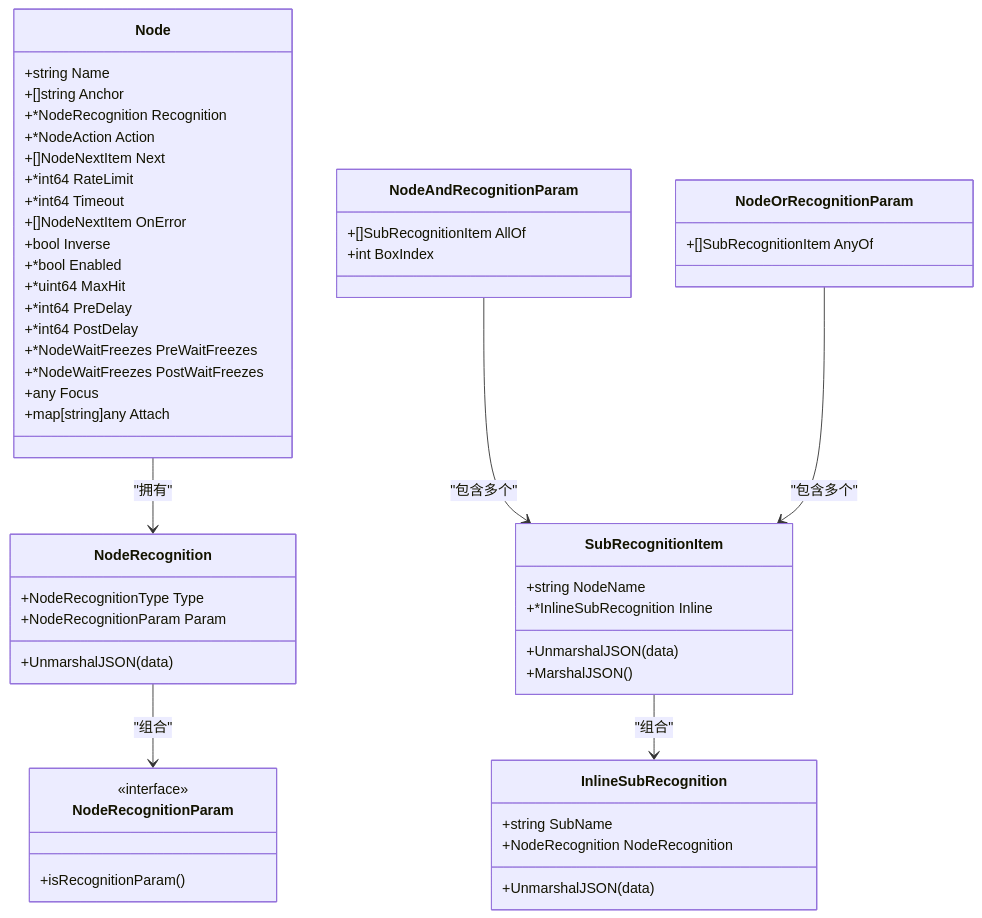
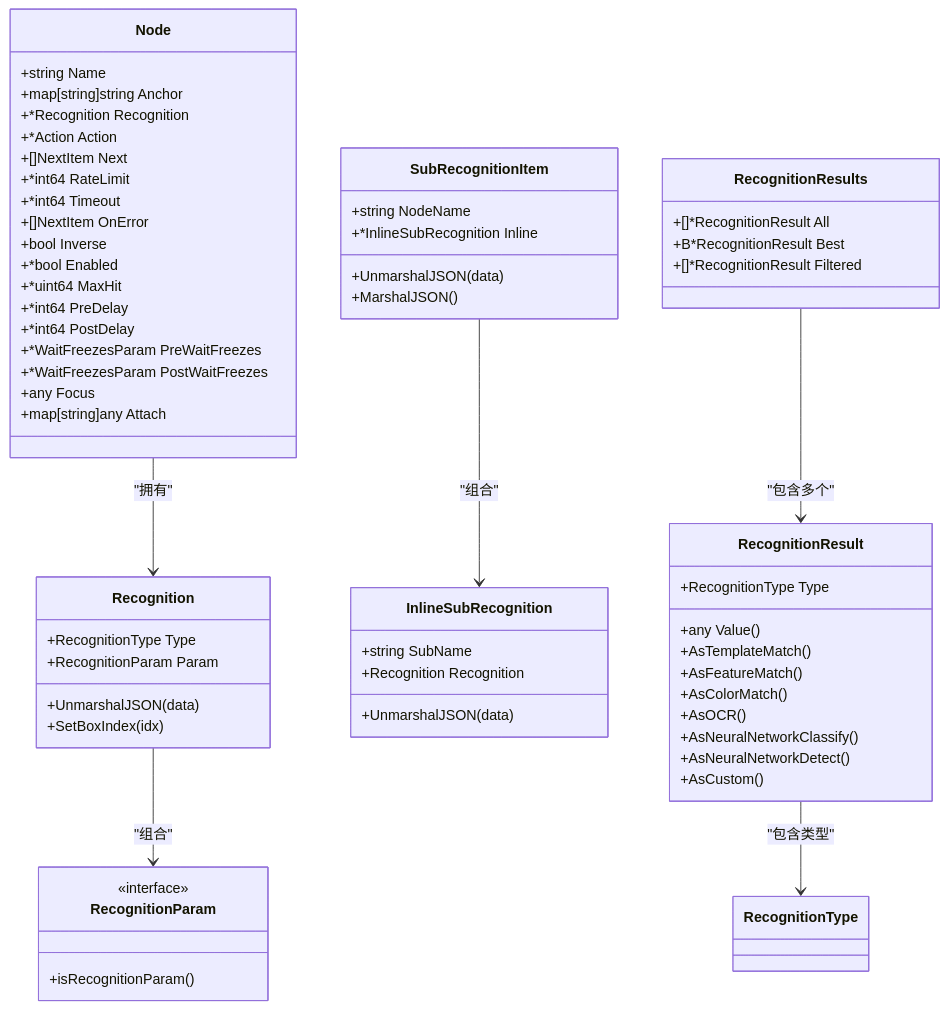
One commit to kqcoxn/MaaPipelineEditor changed the second of 4 diagrams in instructions/maafw-golang-binding/高级功能/流水线配置/节点结构详解/识别配置详解/识别配置详解.md. Above: the diagram before and after it, drawn with Mermaid. The commit also changed other lines of this file and 9 other files, not shown here.

````diff
--- a/instructions/maafw-golang-binding/高级功能/流水线配置/节点结构详解/识别配置详解/识别配置详解.md
+++ b/instructions/maafw-golang-binding/高级功能/流水线配置/节点结构详解/识别配置详解/识别配置详解.md
@@ -87,54 +95,64 @@
 ```mermaid
 classDiagram
 class Node {
 +string Name
-+[]string Anchor
-+*NodeRecognition Recognition
-+*NodeAction Action
-+[]NodeNextItem Next
++map[string]string Anchor
++*Recognition Recognition
++*Action Action
++[]NextItem Next
 +*int64 RateLimit
 +*int64 Timeout
-+[]NodeNextItem OnError
++[]NextItem OnError
 +bool Inverse
 +*bool Enabled
 +*uint64 MaxHit
 +*int64 PreDelay
 +*int64 PostDelay
-+*NodeWaitFreezes PreWaitFreezes
-+*NodeWaitFreezes PostWaitFreezes
++*WaitFreezesParam PreWaitFreezes
++*WaitFreezesParam PostWaitFreezes
 +any Focus
 +map[string]any Attach
 }
-class NodeRecognition {
-+NodeRecognitionType Type
-+NodeRecognitionParam Param
+class Recognition {
++RecognitionType Type
++RecognitionParam Param
 +UnmarshalJSON(data)
++SetBoxIndex(idx)
 }
-class NodeRecognitionParam {
+class RecognitionParam {
 <<interface>>
 +isRecognitionParam()
 }
 class SubRecognitionItem {
 +string NodeName
 +*InlineSubRecognition Inline
 +UnmarshalJSON(data)
 +MarshalJSON()
 }
 class InlineSubRecognition {
 +string SubName
-+NodeRecognition NodeRecognition
++Recognition Recognition
 +UnmarshalJSON(data)
 }
-class NodeAndRecognitionParam {
-+[]SubRecognitionItem AllOf
-+int BoxIndex
+class RecognitionResult {
++RecognitionType Type
++any Value()
++AsTemplateMatch()
++AsFeatureMatch()
++AsColorMatch()
++AsOCR()
++AsNeuralNetworkClassify()
++AsNeuralNetworkDetect()
++AsCustom()
 }
-class NodeOrRecognitionParam {
-+[]SubRecognitionItem AnyOf
+class RecognitionResults {
++[]*RecognitionResult All
++B*RecognitionResult Best
++[]*RecognitionResult Filtered
 }
-Node --> NodeRecognition : "拥有"
-NodeRecognition --> NodeRecognitionParam : "组合"
-NodeAndRecognitionParam --> SubRecognitionItem : "包含多个"
-NodeOrRecognitionParam --> SubRecognitionItem : "包含多个"
+Node --> Recognition : "拥有"
+Recognition --> RecognitionParam : "组合"
+RecognitionResult --> RecognitionType : "包含类型"
+RecognitionResults --> RecognitionResult : "包含多个"
 SubRecognitionItem --> InlineSubRecognition : "组合"
 ```
````
